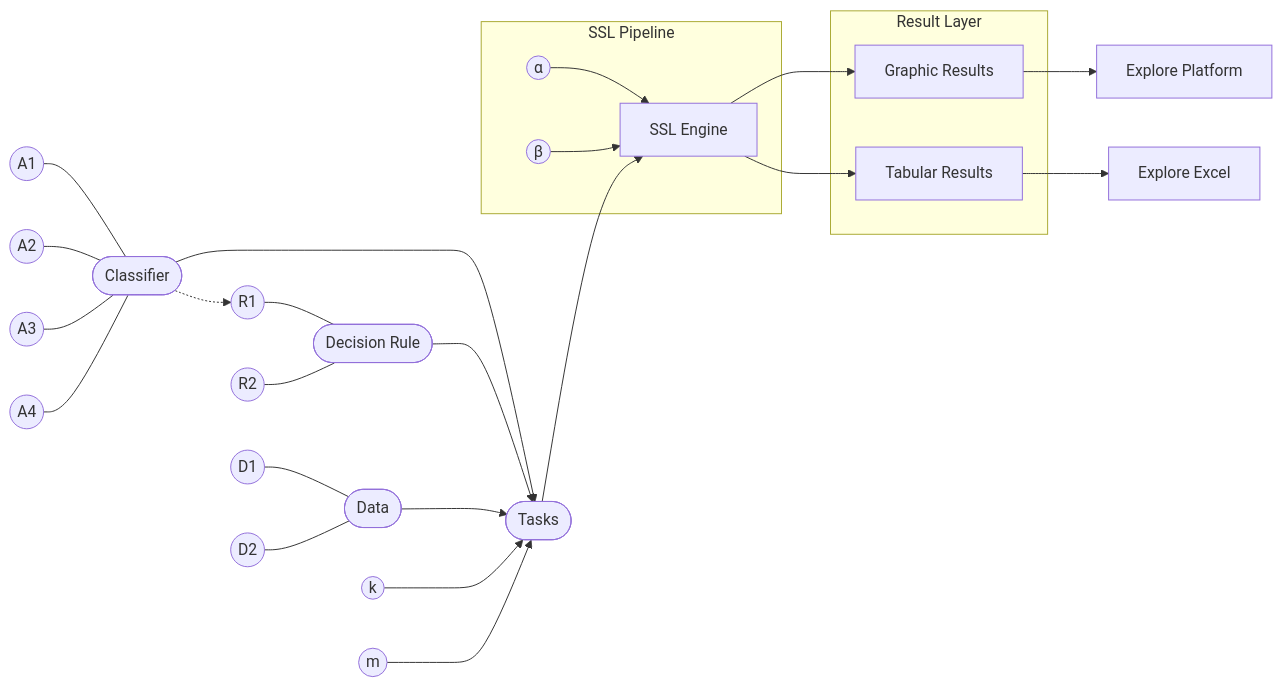
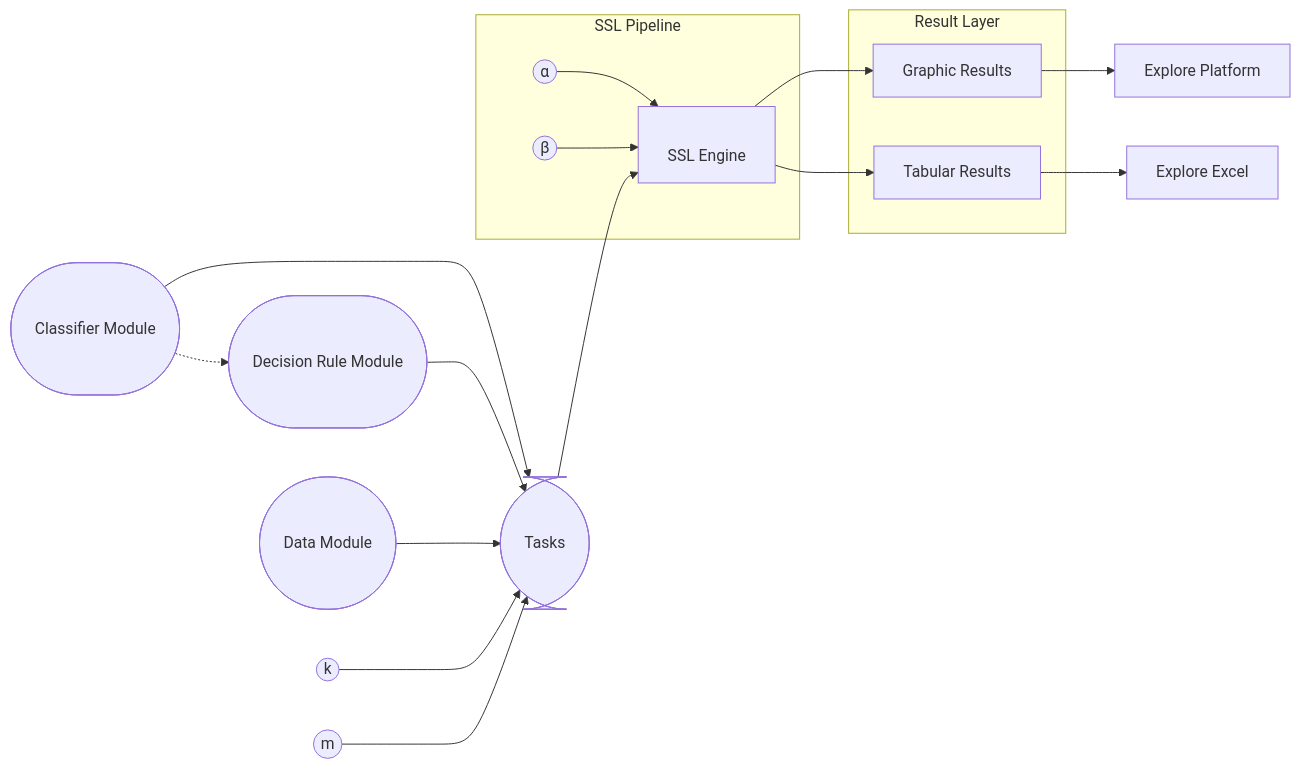
The diagram in README.md (Stefan-Maximilian-Dietrich/TabPFN_SSL), drawn with Mermaid before and after one commit. The commit also changed other lines of this file, not shown here.

Commit message:
Revise Modular Architecture section in README
Updated the README to improve clarity and structure of the Modular Architecture section, including changes to the flowchart and descriptions.

````diff
--- a/README.md
+++ b/README.md
@@ -429,58 +429,24 @@
 flowchart LR
 
 %% =====================================
-%% CLASSIFIER (4 Inputs)
+%% CORE MODULES (large & rounded)
 %% =====================================
 
-A1((A1))
-A2((A2))
-A3((A3))
-A4((A4))
+CL(["<br/><br/>Classifier Module<br/><br/><br/>"])
+DR(["<br/><br/>Decision Rule Module<br/><br/><br/>"])
+DATA(["<br/><br/>Data Module<br/><br/><br/>"])
+T(["<br/><br/>Tasks<br/><br/><br/>"])
 
-CL([Classifier])
+CL -.-> DR
 
-A1 --- CL
-A2 --- CL
-A3 --- CL
-A4 --- CL
+CL --> T
+DR --> T
+DATA --> T
 
 
 %% =====================================
-%% DECISION RULE (oben)
+%% TASK PARAMETERS
 %% =====================================
-
-R1((R1))
-R2((R2))
-
-DR([Decision Rule])
-
-R1 --- DR
-R2 --- DR
-
-%% Gestrichelter Pfeil
-CL -.-> R1
-
-
-%% =====================================
-%% DATA (unten)
-%% =====================================
-
-D1((D1))
-D2((D2))
-
-DATA([Data])
-
-D1 --- DATA
-D2 --- DATA
-
-
-%% =====================================
-%% TASKS
-%% =====================================
-
-CL --> T([Tasks])
-DR --> T
-DATA --> T
 
 TK1((k))
 TK2((m))
@@ -490,11 +456,11 @@
 
 
 %% =====================================
-%% SSL BLOCK (inkl. α und β)
+%% SSL BLOCK
 %% =====================================
 
 subgraph SSL Pipeline
-    SSL[SSL Engine]
+    SSL["<br/>SSL Engine<br/>"]
     S1((α))
     S2((β))
 
@@ -524,5 +490,4 @@
 
 G --> EP[Explore Platform]
 TAB --> EX[Explore Excel]
-
 ```
````
